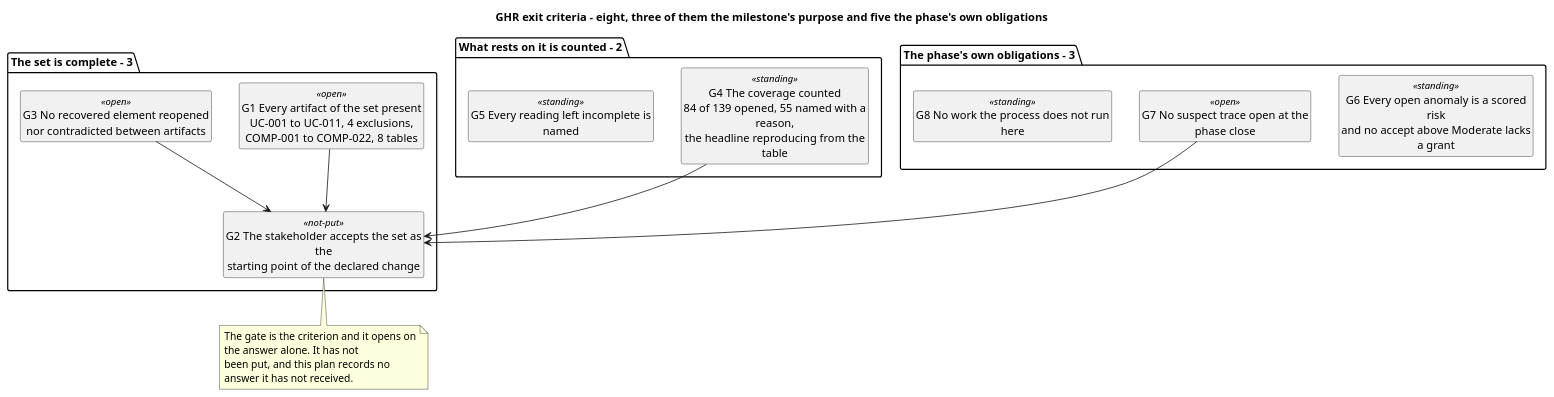
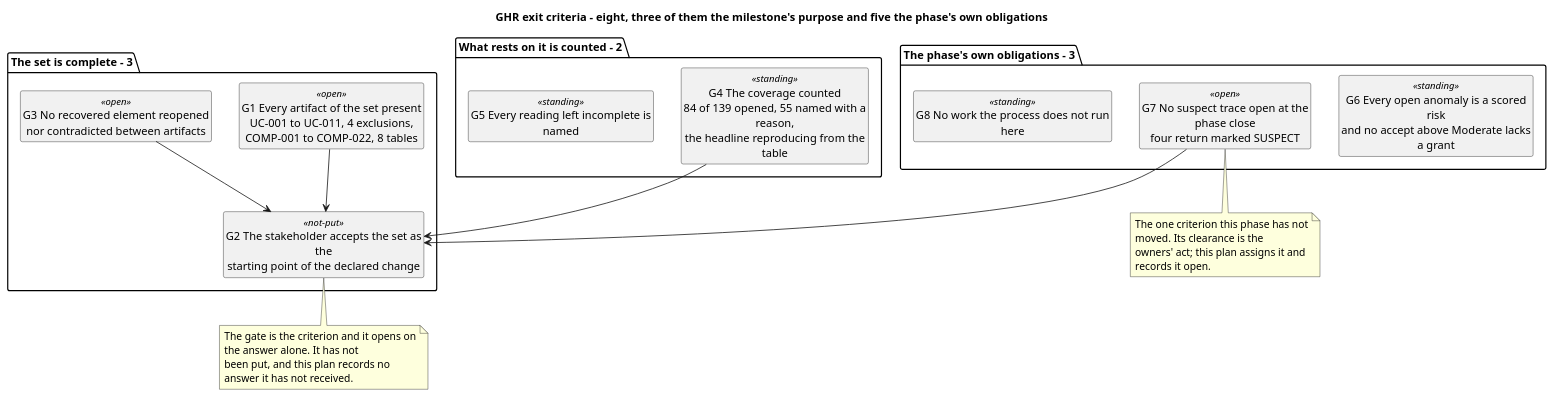
The fifth of 5 diagrams in docs/artifacts/project-management/iteration-plan.md (banense-test/TodoApp), drawn with PlantUML before and after one commit. The commit also changed other lines of this file, not shown here.

First line of the commit message:
Project Manager [Consolidation1]: upsert Iteration Plan

````diff
--- a/docs/artifacts/project-management/iteration-plan.md
+++ b/docs/artifacts/project-management/iteration-plan.md
@@ -321,35 +321,39 @@
 ```plantuml
 @startuml
 title GHR exit criteria - eight, three of them the milestone's purpose and five the phase's own obligations
 skinparam shadowing false
 skinparam wrapWidth 250
 hide circle
 hide empty members
 
 package "The set is complete - 3" {
   class "G1 Every artifact of the set present\nUC-001 to UC-011, 4 exclusions,\nCOMP-001 to COMP-022, 8 tables" as G1 <<open>>
   class "G2 The stakeholder accepts the set as the\nstarting point of the declared change" as G2 <<not-put>>
   class "G3 No recovered element reopened\nnor contradicted between artifacts" as G3 <<open>>
 }
 
 package "What rests on it is counted - 2" {
   class "G4 The coverage counted\n84 of 139 opened, 55 named with a reason,\nthe headline reproducing from the table" as G4 <<standing>>
   class "G5 Every reading left incomplete is named" as G5 <<standing>>
 }
 
 package "The phase's own obligations - 3" {
   class "G6 Every open anomaly is a scored risk\nand no accept above Moderate lacks a grant" as G6 <<standing>>
-  class "G7 No suspect trace open at the phase close" as G7 <<open>>
+  class "G7 No suspect trace open at the phase close\nfour return marked SUSPECT" as G7 <<open>>
   class "G8 No work the process does not run here" as G8 <<standing>>
 }
 
 G1 --> G2
 G3 --> G2
 G4 --> G2
 G7 --> G2
 note bottom of G2
   The gate is the criterion and it opens on the answer alone. It has not
   been put, and this plan records no answer it has not received.
 end note
+note bottom of G7
+  The one criterion this phase has not moved. Its clearance is the
+  owners' act; this plan assigns it and records it open.
+end note
 @enduml
 ```
````
